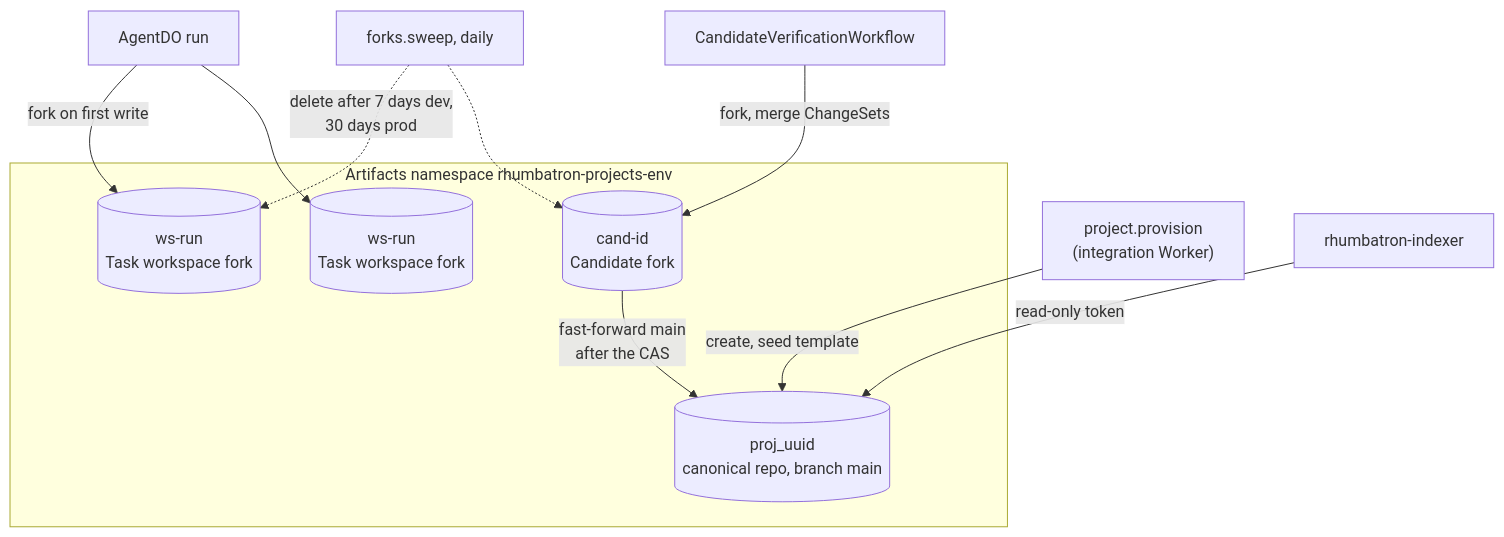
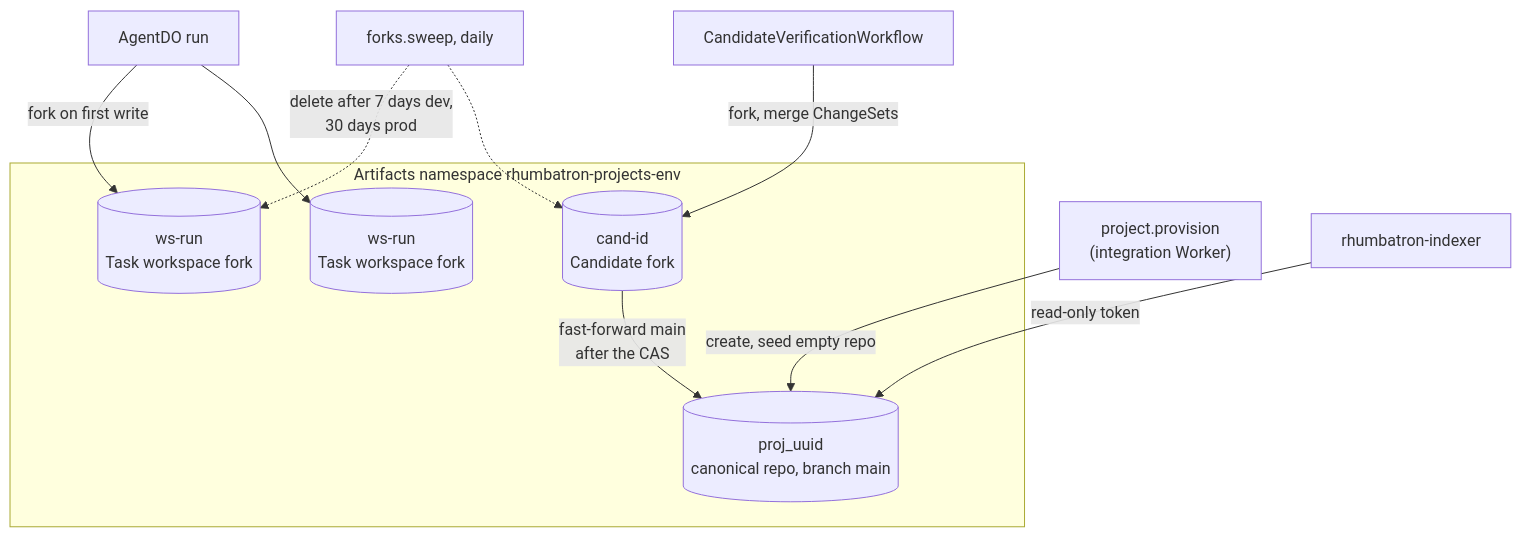
The first of 7 diagrams in docs/architecture/source-and-verification.md (nsudhanva/rhumbatron), drawn with Mermaid before and after one commit. The commit also changed 4 other files, not shown here.

````diff
--- a/docs/architecture/source-and-verification.md
+++ b/docs/architecture/source-and-verification.md
@@ -19,17 +19,17 @@
 ```mermaid
 flowchart TB
   subgraph NS["Artifacts namespace rhumbatron-projects-env"]
     CAN[("proj_uuid<br/>canonical repo, branch main")]
     WS1[("ws-run<br/>Task workspace fork")]
     WS2[("ws-run<br/>Task workspace fork")]
     CA[("cand-id<br/>Candidate fork")]
   end
-  PROV["project.provision<br/>(integration Worker)"] -->|"create, seed template"| CAN
+  PROV["project.provision<br/>(integration Worker)"] -->|"create, seed empty repo"| CAN
   AG["AgentDO run"] -->|"fork on first write"| WS1
   AG --> WS2
   VW["CandidateVerificationWorkflow"] -->|"fork, merge ChangeSets"| CA
   CA -->|"fast-forward main<br/>after the CAS"| CAN
   SWEEP["forks.sweep, daily"] -.->|"delete after 7 days dev,<br/>30 days prod"| WS1
   SWEEP -.-> CA
   IDX["rhumbatron-indexer"] -->|"read-only token"| CAN
 ```
````
